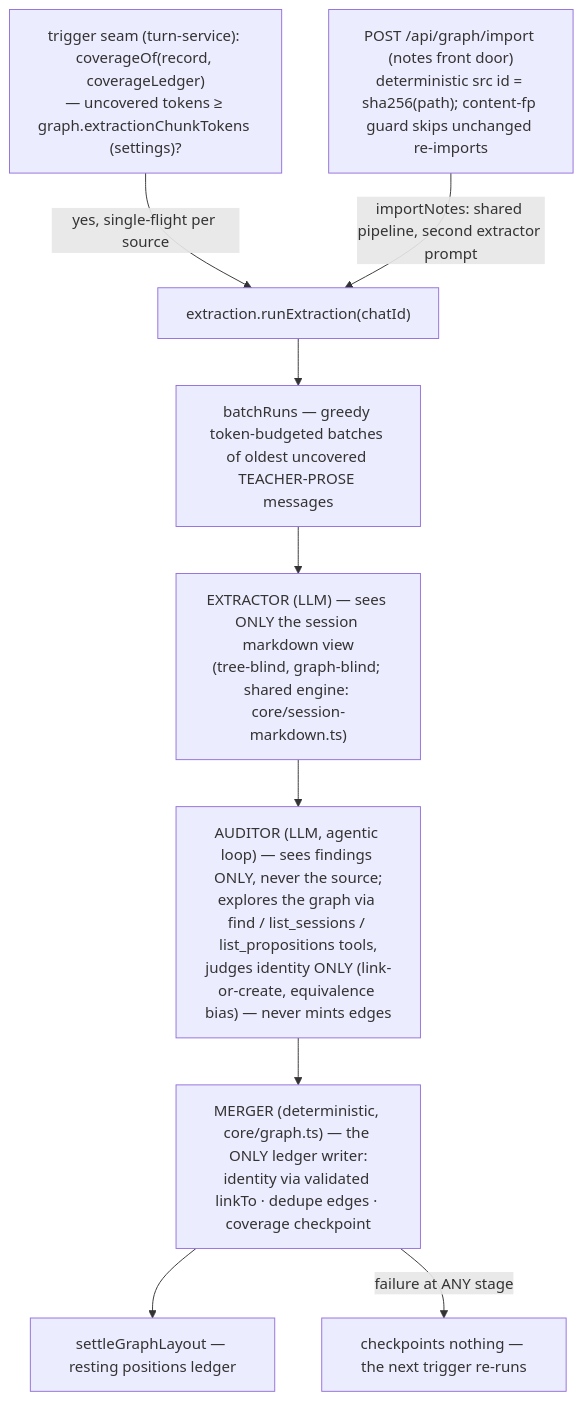
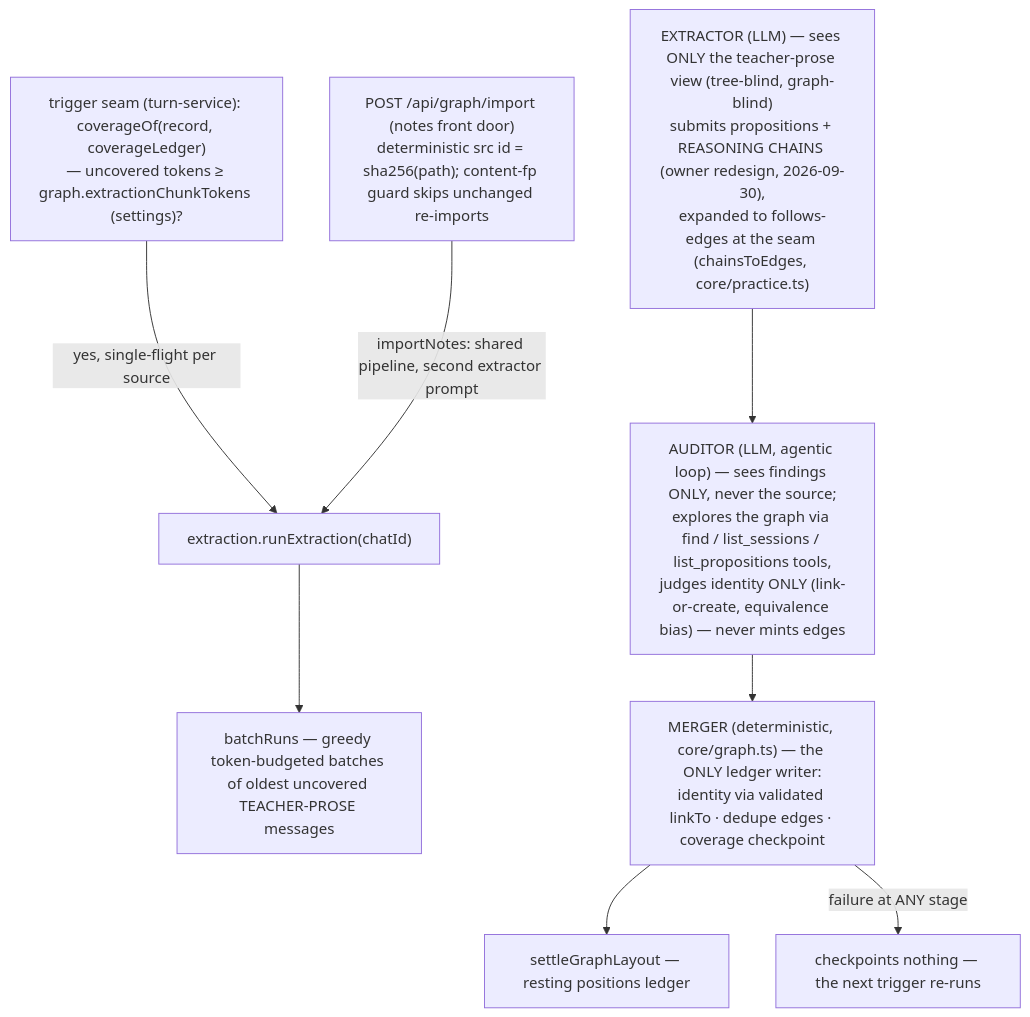
The sixth of 7 diagrams in docs/architecture.md (0xCUB3/learnharness), drawn with Mermaid before and after one commit. The commit also changed other lines of this file and 5 other files, not shown here.

Commit message:
extractor redesign: chains are the deliverable (owner-approved, goal-first)

````diff
--- a/docs/architecture.md
+++ b/docs/architecture.md
@@ -339,11 +339,11 @@
 ```mermaid
 flowchart TB
     TRIG["trigger seam (turn-service): coverageOf(record, coverageLedger)<br/>— uncovered tokens ≥ graph.extractionChunkTokens (settings)?"] -->|"yes, single-flight per source"| RUN["extraction.runExtraction(chatId)"]
     IMPORT["POST /api/graph/import (notes front door)<br/>deterministic src id = sha256(path); content-fp guard skips unchanged re-imports"] -->|"importNotes: shared pipeline, second extractor prompt"| RUN
     RUN --> BATCH["batchRuns — greedy token-budgeted batches of oldest uncovered TEACHER-PROSE messages"]
-    BATCH --> EXT["EXTRACTOR (LLM) — sees ONLY the session markdown view<br/>(tree-blind, graph-blind; shared engine: core/session-markdown.ts)"]
+    EXT["EXTRACTOR (LLM) — sees ONLY the teacher-prose view (tree-blind, graph-blind)<br/>submits propositions + REASONING CHAINS (owner redesign, 2026-09-30),<br/>expanded to follows-edges at the seam (chainsToEdges, core/practice.ts)"]
     EXT --> AUD["AUDITOR (LLM, agentic loop) — sees findings ONLY, never the source;<br/>explores the graph via find / list_sessions / list_propositions tools,<br/>judges identity ONLY (link-or-create, equivalence bias) — never mints edges"]
     AUD --> MERGE["MERGER (deterministic, core/graph.ts) — the ONLY ledger writer:<br/>identity via validated linkTo · dedupe edges · coverage checkpoint"]
     MERGE --> SETTLE["settleGraphLayout — resting positions ledger"]
     MERGE -->|"failure at ANY stage"| NOTHING["checkpoints nothing — the next trigger re-runs"]
 ```
````
